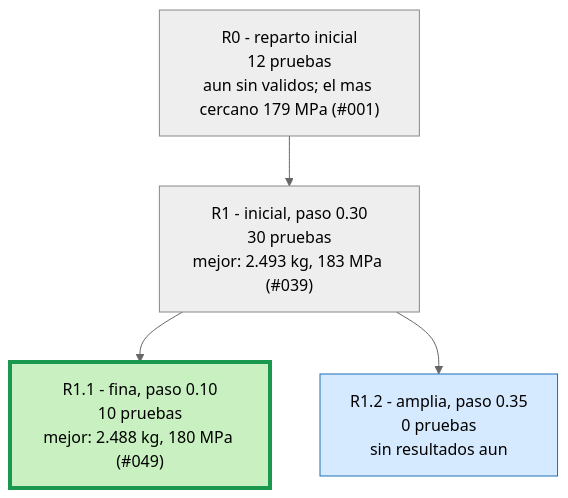
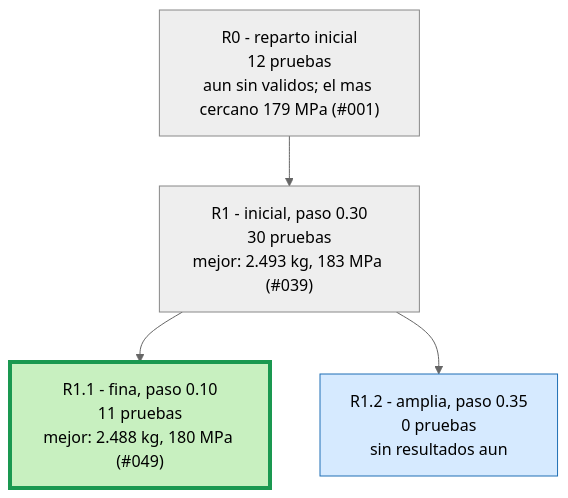
One commit to Hugiko/msd-soporte-optimizacion changed the second of 3 diagrams in runs/opt_37800N/ARBOL.md. Above: the diagram before and after it, drawn with Mermaid (neutral theme). The commit also changed 22 other files, not shown here.

````diff
--- a/runs/opt_37800N/ARBOL.md
+++ b/runs/opt_37800N/ARBOL.md
@@ -21,13 +21,13 @@
 ```mermaid
 graph TD
 classDef activa fill:#d6eaff,stroke:#1f6fb5,color:#000
 classDef fin fill:#eeeeee,stroke:#888,color:#000
 classDef mejor fill:#c8f0c0,stroke:#1a9850,stroke-width:4px,color:#000
 R0["R0 - reparto inicial<br/>12 pruebas<br/>aun sin validos; el mas cercano 179 MPa (#001)"]:::fin
 R1["R1 - inicial, paso 0.30<br/>30 pruebas<br/>mejor: 2.493 kg, 183 MPa (#039)"]:::fin
 R0 --> R1
-R1_1["R1.1 - fina, paso 0.10<br/>10 pruebas<br/>mejor: 2.488 kg, 180 MPa (#049)"]:::mejor
+R1_1["R1.1 - fina, paso 0.10<br/>11 pruebas<br/>mejor: 2.488 kg, 180 MPa (#049)"]:::mejor
 R1 --> R1_1
 R1_2["R1.2 - amplia, paso 0.35<br/>0 pruebas<br/>sin resultados aun"]:::activa
 R1 --> R1_2
 ```
````
